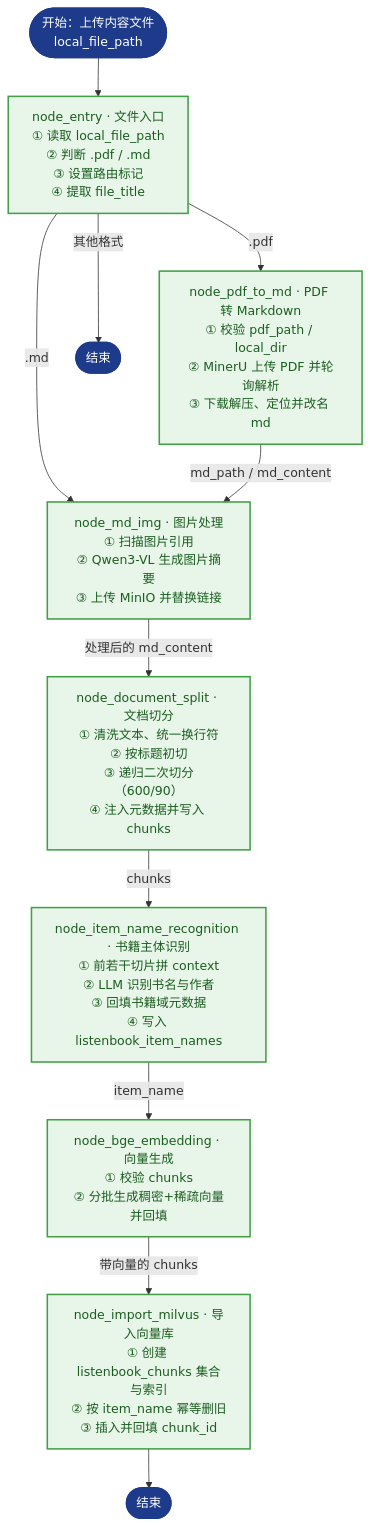
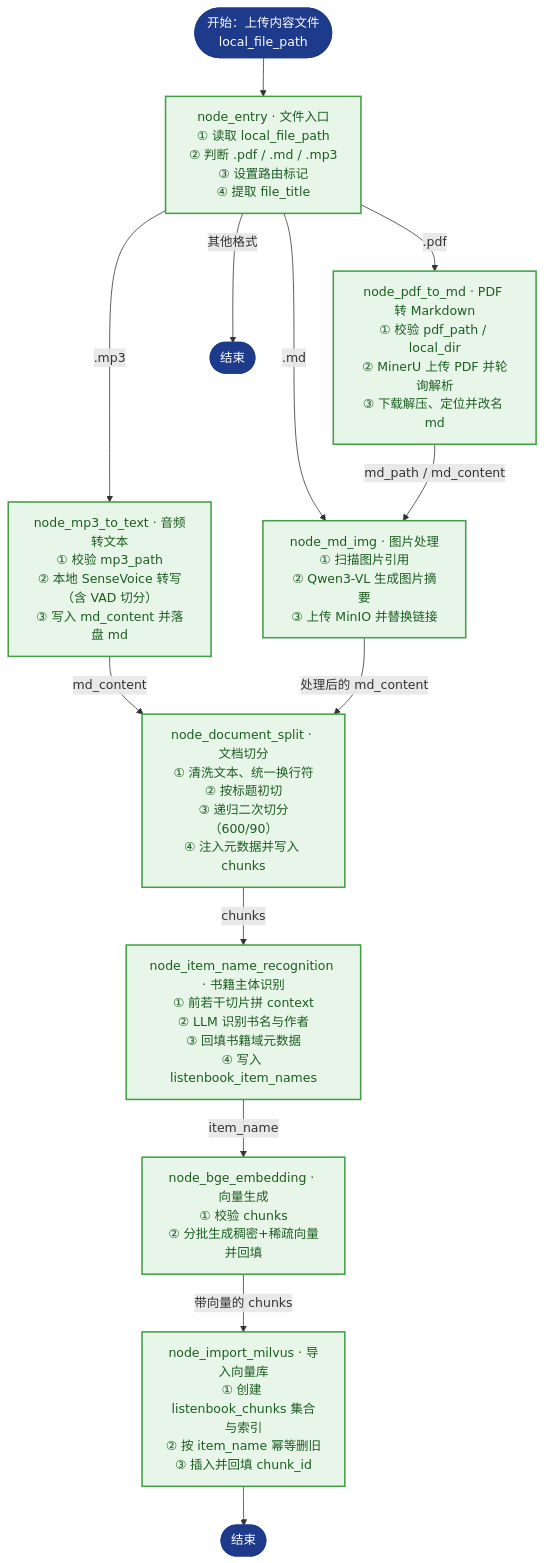
Before and after one commit to Zebra0312/listenbook_rag: the first of 2 diagrams in README.md, drawn with Mermaid. The commit also changed other lines of this file and 17 other files, not shown here.

Commit message:
[新增]完善了mp3格式的相关业务修改mcp为图书查询相关的mcp,新增闲聊模块

````diff
--- a/README.md
+++ b/README.md
@@ -167,30 +246,34 @@
 ```mermaid
 flowchart TD
     classDef startEnd fill:#1e3a8a,stroke:#1e3a8a,color:#ffffff,stroke-width:2px,rx:14px,ry:14px;
     classDef done fill:#e8f5e9,stroke:#43a047,color:#1b5e20,stroke-width:2px;
 
     START(["开始：上传内容文件<br/>local_file_path"]):::startEnd --> N1
 
-    N1["node_entry · 文件入口<br/>① 读取 local_file_path<br/>② 判断 .pdf / .md<br/>③ 设置路由标记<br/>④ 提取 file_title"]:::done
+    N1["node_entry · 文件入口<br/>① 读取 local_file_path<br/>② 判断 .pdf / .md / .mp3<br/>③ 设置路由标记<br/>④ 提取 file_title"]:::done
     N1 -->|".md"| N3
     N1 -->|".pdf"| N2
+    N1 -->|".mp3"| N2B
     N1 -->|"其他格式"| END_A(["结束"]):::startEnd
 
     N2["node_pdf_to_md · PDF 转 Markdown<br/>① 校验 pdf_path / local_dir<br/>② MinerU 上传 PDF 并轮询解析<br/>③ 下载解压、定位并改名 md"]:::done
     N2 -->|"md_path / md_content"| N3
+
+    N2B["node_mp3_to_text · 音频转文本<br/>① 校验 mp3_path<br/>② 本地 SenseVoice 转写（含 VAD 切分）<br/>③ 写入 md_content 并落盘 md"]:::done
+    N2B -->|"md_content"| N4
 
     N3["node_md_img · 图片处理<br/>① 扫描图片引用<br/>② Qwen3-VL 生成图片摘要<br/>③ 上传 MinIO 并替换链接"]:::done
     N3 -->|"处理后的 md_content"| N4
 
     N4["node_document_split · 文档切分<br/>① 清洗文本、统一换行符<br/>② 按标题初切<br/>③ 递归二次切分（600/90）<br/>④ 注入元数据并写入 chunks"]:::done
     N4 -->|"chunks"| N5
 
     N5["node_item_name_recognition · 书籍主体识别<br/>① 前若干切片拼 context<br/>② LLM 识别书名与作者<br/>③ 回填书籍域元数据<br/>④ 写入 listenbook_item_names"]:::done
     N5 -->|"item_name"| N6
 
     N6["node_bge_embedding · 向量生成<br/>① 校验 chunks<br/>② 分批生成稠密+稀疏向量并回填"]:::done
     N6 -->|"带向量的 chunks"| N7
 
     N7["node_import_milvus · 导入向量库<br/>① 创建 listenbook_chunks 集合与索引<br/>② 按 item_name 幂等删旧<br/>③ 插入并回填 chunk_id"]:::done
     N7 --> END_B(["结束"]):::startEnd
 ```
````
